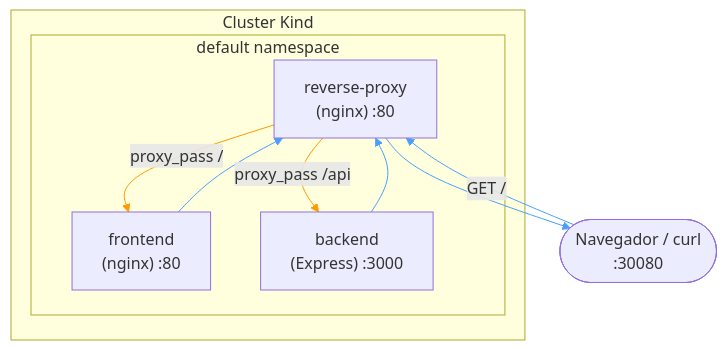
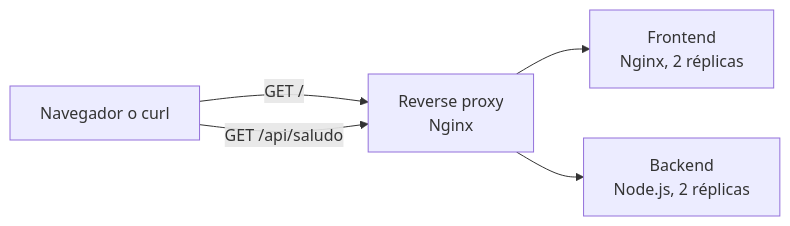
Before and after one commit to mapfre-gitops-9/demo-kind: the diagram in README.md, drawn with Mermaid. The commit also changed other lines of this file and 57 other files, not shown here.

````diff
--- a/README.md
+++ b/README.md
@@ -82,22 +18,7 @@
 ```mermaid
-graph TD
-    subgraph "Cluster Kind"
-        subgraph "default namespace"
-            RP["reverse-proxy<br/>(nginx) :80"]
-            FE["frontend<br/>(nginx) :80"]
-            BE["backend<br/>(Express) :3000"]
-        end
-    end
-
-    USR(["Navegador / curl<br/>:30080"]) -->|"GET /"| RP
-    RP -->|"proxy_pass /"| FE
-    RP -->|"proxy_pass /api"| BE
-    FE --> RP
-    BE --> RP
-    RP --> USR
-
-    linkStyle 0 stroke:#4a9eff
-    linkStyle 1,2 stroke:#f90
-    linkStyle 3,4 stroke:#4a9eff
-    linkStyle 5 stroke:#4a9eff
+flowchart LR
+    user["Navegador o curl"] -->|"GET /"| proxy["Reverse proxy<br>Nginx"]
+    user -->|"GET /api/saludo"| proxy
+    proxy --> frontend["Frontend<br>Nginx, 2 réplicas"]
+    proxy --> backend["Backend<br>Node.js, 2 réplicas"]
 ```
````
